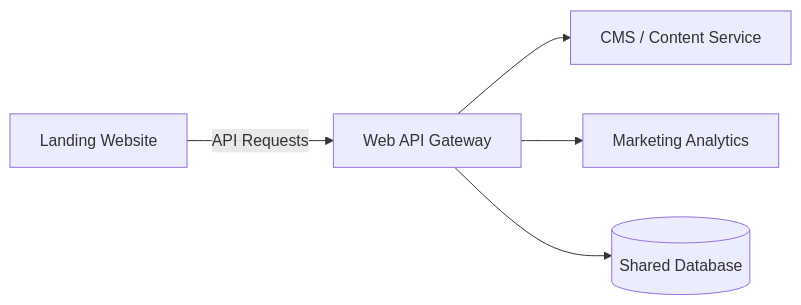
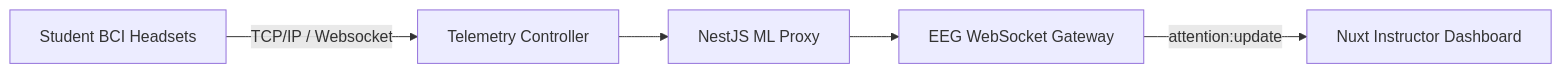
One commit to ameenmv/haze_clue_docs changed the diagram in docs/backend-web/index.md. Above: the diagram before and after it, drawn with Mermaid. The commit also changed other lines of this file and 3 other files, not shown here.

Commit message:
docs: update documentation for AI inference engine, mobile backend API controllers, and web application instructor platform architecture.

````diff
--- a/docs/backend-web/index.md
+++ b/docs/backend-web/index.md
@@ -11,7 +20,7 @@
 ```mermaid
 graph LR
-    WebSite[Landing Website] -->|API Requests| WebBackend[Web API Gateway]
-    WebBackend --> CMS[CMS / Content Service]
-    WebBackend --> Analytics[Marketing Analytics]
-    WebBackend --> MainDB[(Shared Database)]
+    StudentBCI[Student BCI Headsets] -->|TCP/IP / Websocket| Telemetry[Telemetry Controller]
+    Telemetry --> ML[NestJS ML Proxy]
+    ML --> Gateway[EEG WebSocket Gateway]
+    Gateway -->|attention:update| InstructorDash[Nuxt Instructor Dashboard]
 ```
````
